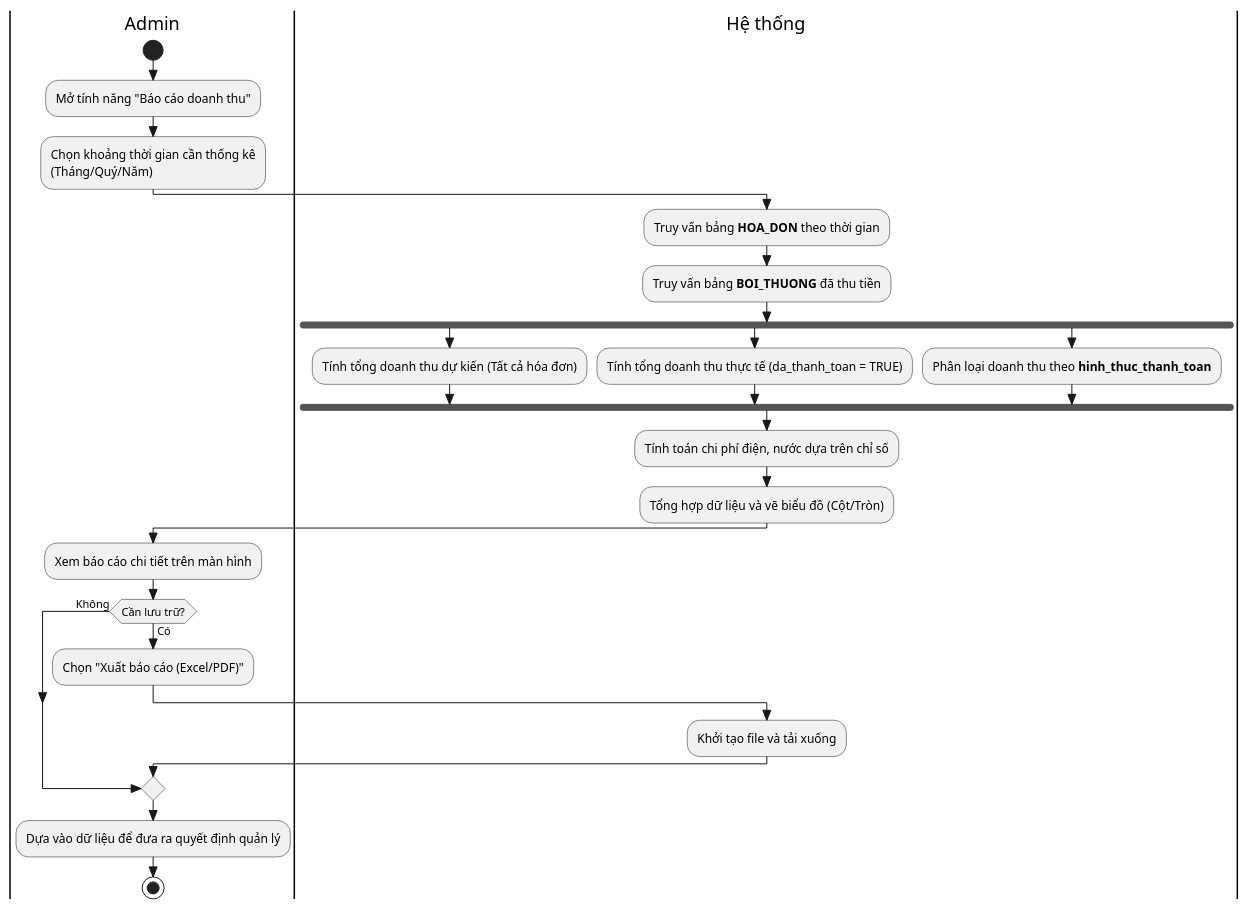
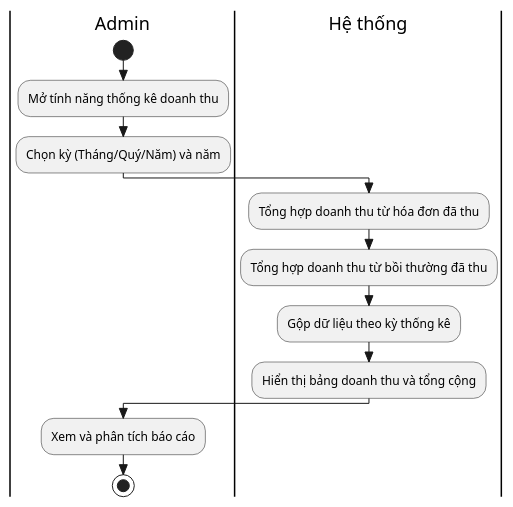
Before and after one commit to ongming/Boarding-House-Management-System: the diagram in src/main/java/com/example/house/uml/activity/activity_report_Statistics.puml, drawn with PlantUML. The commit also changed 50 other files, not shown here.

```diff
--- a/src/main/java/com/example/house/uml/activity/activity_report_Statistics.puml
+++ b/src/main/java/com/example/house/uml/activity/activity_report_Statistics.puml
@@ -1,36 +1,18 @@
 @startuml
 skinparam style strictuml
 
 |Admin|
 start
-:Mở tính năng "Báo cáo doanh thu";
-:Chọn khoảng thời gian cần thống kê\n(Tháng/Quý/Năm);
+:Mở tính năng thống kê doanh thu;
+:Chọn kỳ (Tháng/Quý/Năm) và năm;
 
 |Hệ thống|
-:Truy vấn bảng **HOA_DON** theo thời gian;
-:Truy vấn bảng **BOI_THUONG** đã thu tiền;
-
-fork
-  :Tính tổng doanh thu dự kiến (Tất cả hóa đơn);
-fork again
-  :Tính tổng doanh thu thực tế (da_thanh_toan = TRUE);
-fork again
-  :Phân loại doanh thu theo **hinh_thuc_thanh_toan**;
-end fork
-
-:Tính toán chi phí điện, nước dựa trên chỉ số;
-:Tổng hợp dữ liệu và vẽ biểu đồ (Cột/Tròn);
+:Tổng hợp doanh thu từ hóa đơn đã thu;
+:Tổng hợp doanh thu từ bồi thường đã thu;
+:Gộp dữ liệu theo kỳ thống kê;
+:Hiển thị bảng doanh thu và tổng cộng;
 
 |Admin|
-:Xem báo cáo chi tiết trên màn hình;
-if (Cần lưu trữ?) then (Có)
-  :Chọn "Xuất báo cáo (Excel/PDF)";
-  |Hệ thống|
-  :Khởi tạo file và tải xuống;
-else (Không)
-endif
-
-|Admin|
-:Dựa vào dữ liệu để đưa ra quyết định quản lý;
+:Xem và phân tích báo cáo;
 stop
 @enduml
```
